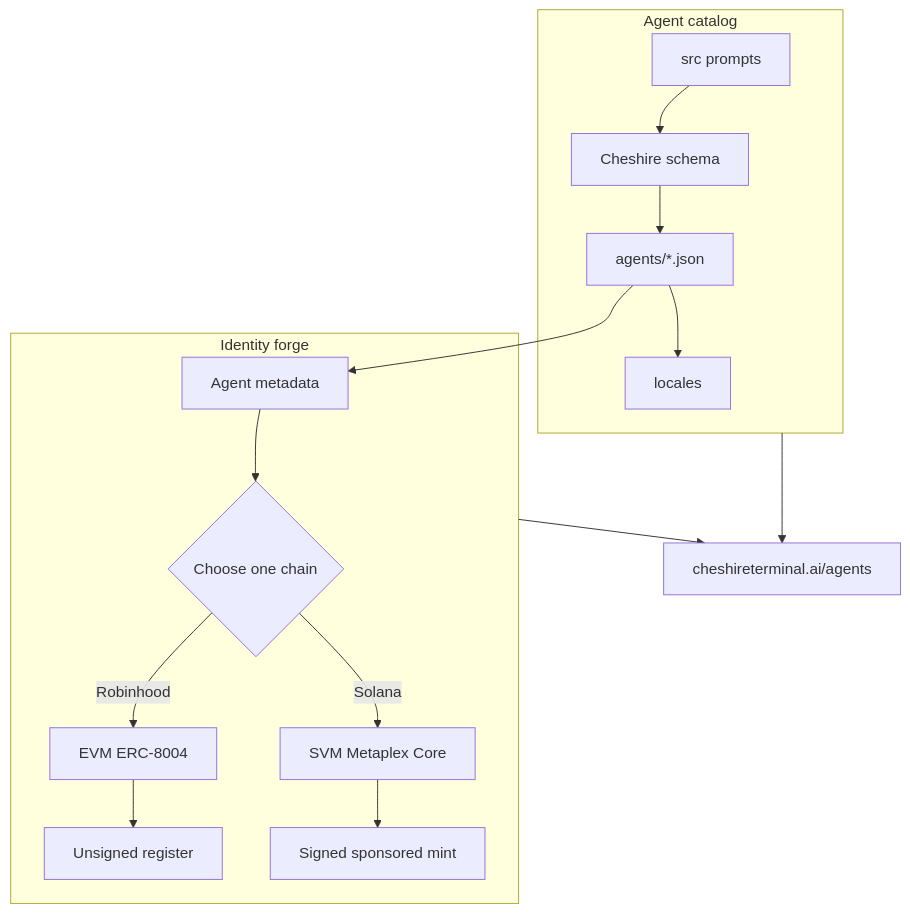
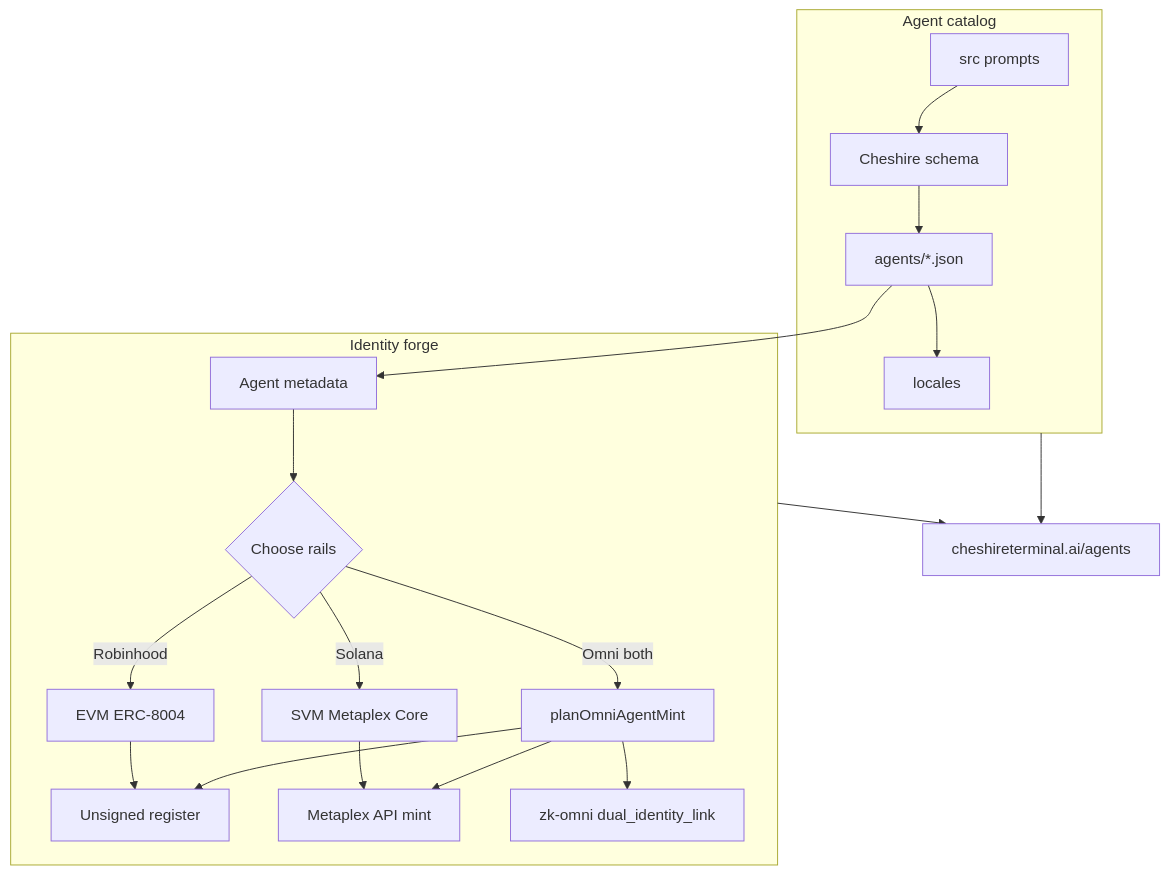
The diagram in README.md (Solizardking/Cheshire-Terminal-Agents), drawn with Mermaid before and after one commit. The commit also changed other lines of this file and 3815 other files, not shown here.

````diff
--- a/README.md
+++ b/README.md
@@ -52,18 +56,22 @@
 ```mermaid
 flowchart TB
   subgraph catalog [Agent catalog]
     S[src prompts] --> V[Cheshire schema]
     V --> A[agents/*.json]
     A --> L[locales]
   end
   subgraph forge [Identity forge]
-    M[Agent metadata] --> C{Choose one chain}
+    M[Agent metadata] --> C{Choose rails}
     C -->|Robinhood| E[EVM ERC-8004]
     C -->|Solana| Svm[SVM Metaplex Core]
+    C -->|Omni both| O[planOmniAgentMint]
     E --> EI[Unsigned register]
-    Svm --> SI[Signed sponsored mint]
+    Svm --> SI[Metaplex API mint]
+    O --> EI
+    O --> SI
+    O --> Z[zk-omni dual_identity_link]
   end
   A --> M
   catalog --> HUB[cheshireterminal.ai/agents]
   forge --> HUB
 ```
````
